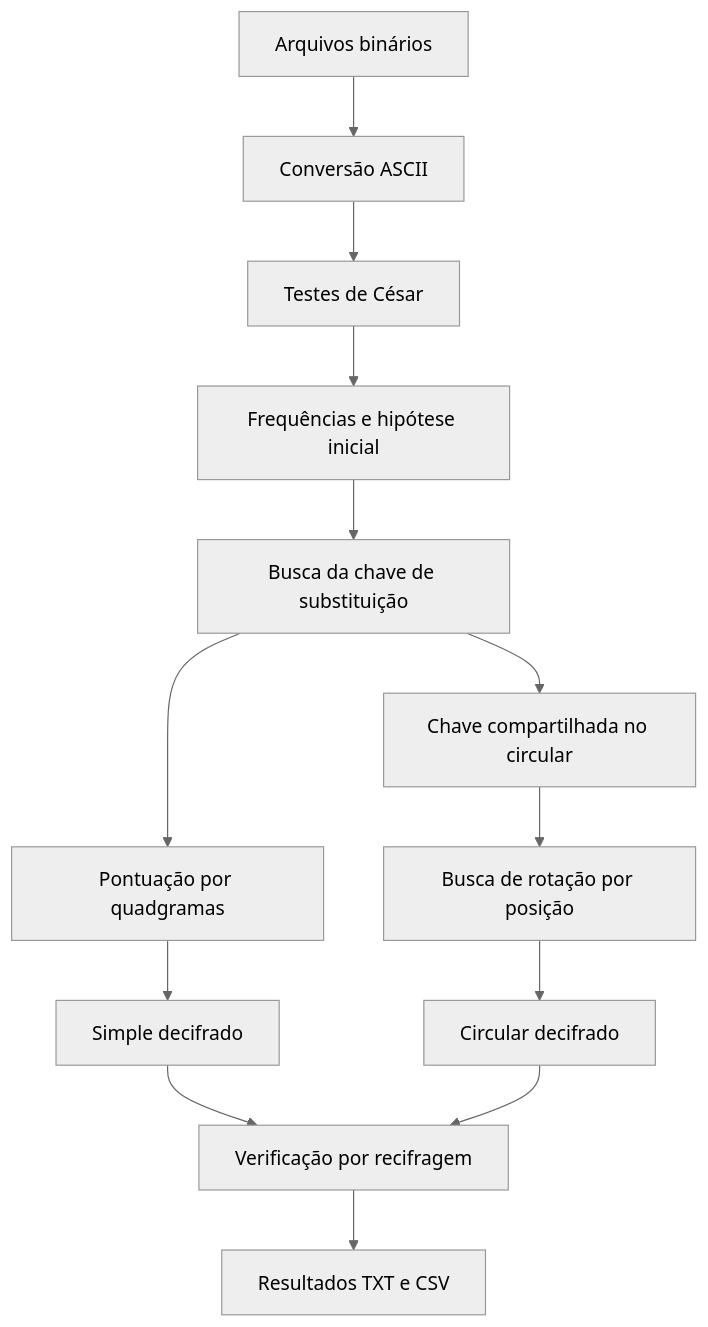
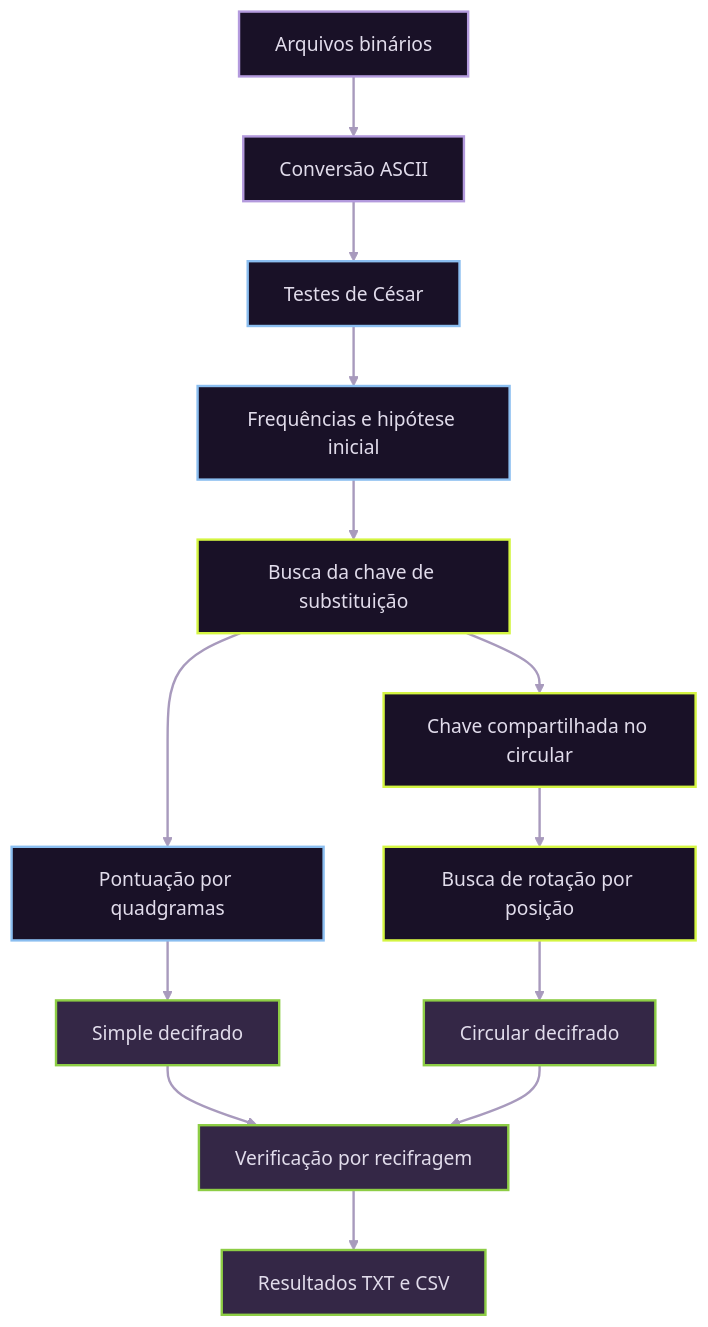
One commit to mwiist/criptoanalise-python changed the diagram in README.pt-BR.md. Above: the diagram before and after it, drawn with Mermaid (neutral theme). The commit also changed other lines of this file and 1 other file, not shown here.

Commit message:
docs: improve project navigation

````diff
--- a/README.pt-BR.md
+++ b/README.pt-BR.md
@@ -11,15 +11,24 @@
 ```mermaid
 flowchart TD
  A[Arquivos binários] --> B[Conversão ASCII]
  B --> C[Testes de César]
  C --> D[Frequências e hipótese inicial]
  D --> E[Busca da chave de substituição]
  E --> F[Pontuação por quadgramas]
  F --> G[Simple decifrado]
  E --> H[Chave compartilhada no circular]
  H --> I[Busca de rotação por posição]
  I --> J[Circular decifrado]
  G --> K[Verificação por recifragem]
  J --> K
  K --> L[Resultados TXT e CSV]
+    classDef input fill:#191127,stroke:#B39ADD,color:#E1DCEB,stroke-width:2px
+    classDef analysis fill:#191127,stroke:#8BBEF0,color:#E1DCEB,stroke-width:2px
+    classDef process fill:#191127,stroke:#D4F542,color:#E1DCEB,stroke-width:2px
+    classDef output fill:#342746,stroke:#8DCD45,color:#E1DCEB,stroke-width:2px
+    class A,B input
+    class C,D,F analysis
+    class E,H,I process
+    class G,J,K,L output
+    linkStyle default stroke:#A89ABD,stroke-width:2px
 ```
````
